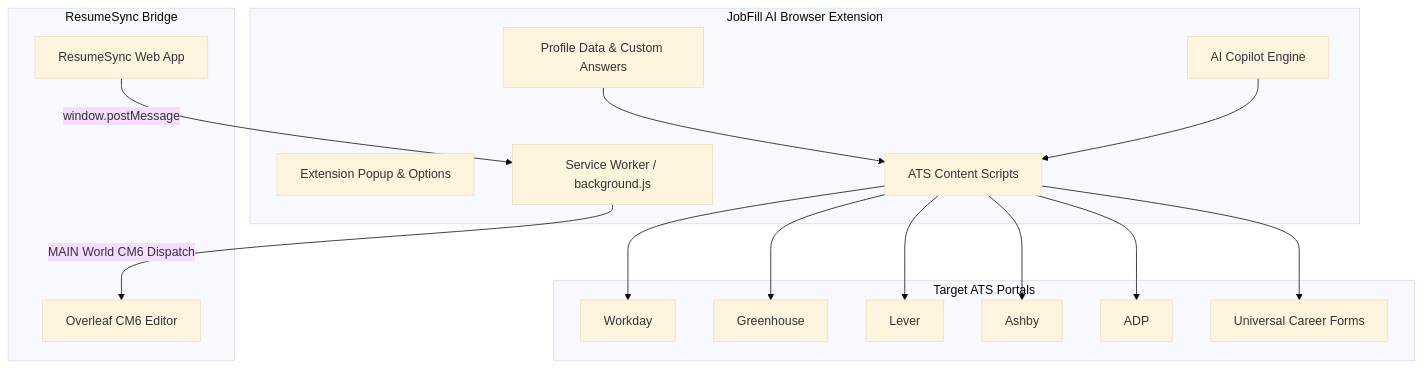
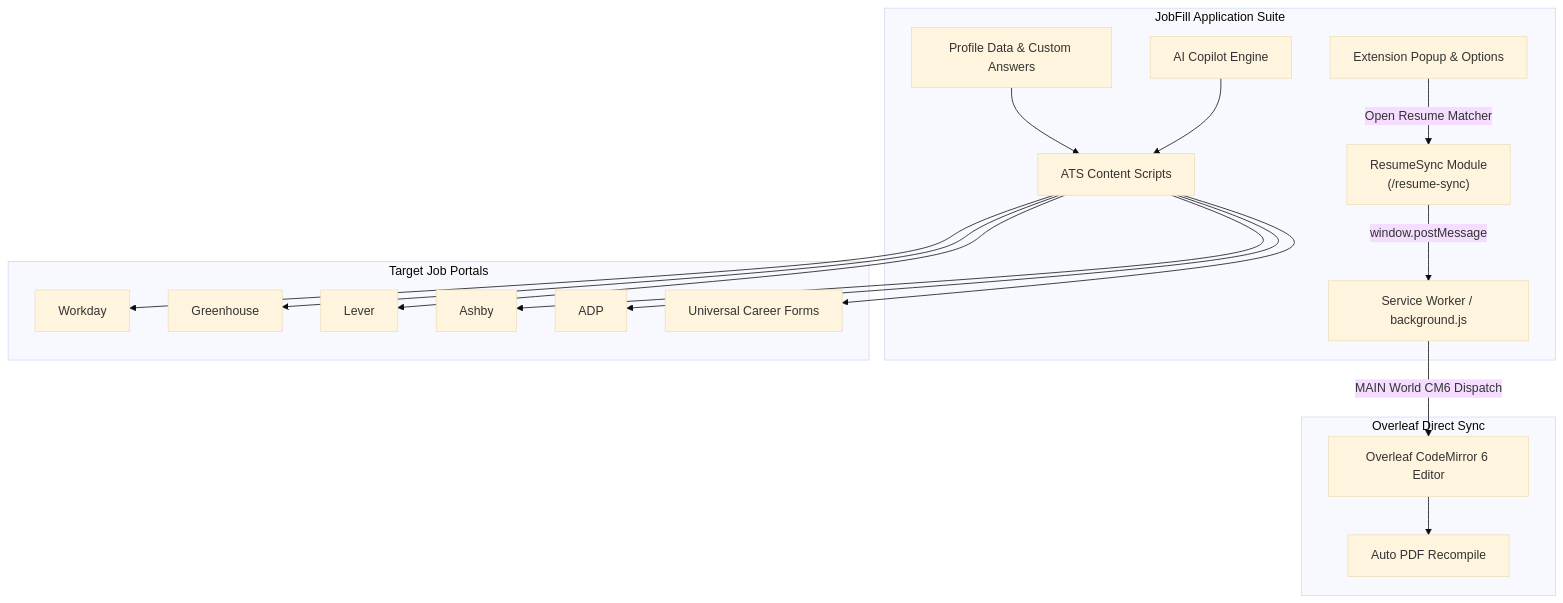
The diagram in README.md (Shivamshuroy448/jobfill-extension), drawn with Mermaid (base theme) before and after one commit. The commit also changed other lines of this file and 8 other files, not shown here.

Commit message:
feat: bundle ResumeSync engine, update manifest resources, and add comprehensive unified documentation

````diff
--- a/README.md
+++ b/README.md
@@ -19,36 +20,39 @@
 ```mermaid
 flowchart TD
-    subgraph JobFill AI Browser Extension
+    subgraph JobFill Application Suite
         ExtPopup[Extension Popup & Options]
         ProfileDB[Profile Data & Custom Answers]
         Worker[Service Worker / background.js]
         ContentScript[ATS Content Scripts]
         Copilot[AI Copilot Engine]
+        ResumeSyncModule["ResumeSync Module\n(/resume-sync)"]
     end
 
-    subgraph Target ATS Portals
+    subgraph Target Job Portals
         Workday[Workday]
         Greenhouse[Greenhouse]
         Lever[Lever]
         Ashby[Ashby]
         ADP[ADP]
         Universal[Universal Career Forms]
     end
 
-    subgraph ResumeSync Bridge
-        ResumeSyncWeb[ResumeSync Web App]
-        OverleafTab[Overleaf CM6 Editor]
+    subgraph Overleaf Direct Sync
+        OverleafTab[Overleaf CodeMirror 6 Editor]
+        PDFRecompile[Auto PDF Recompile]
     end
-
-    ResumeSyncWeb -->|window.postMessage| Worker
-    Worker -->|MAIN World CM6 Dispatch| OverleafTab
 
     ProfileDB --> ContentScript
     Copilot --> ContentScript
     ContentScript --> Workday
     ContentScript --> Greenhouse
     ContentScript --> Lever
     ContentScript --> Ashby
     ContentScript --> ADP
     ContentScript --> Universal
+
+    ExtPopup -->|Open Resume Matcher| ResumeSyncModule
+    ResumeSyncModule -->|window.postMessage| Worker
+    Worker -->|MAIN World CM6 Dispatch| OverleafTab
+    OverleafTab --> PDFRecompile
 ```
````
